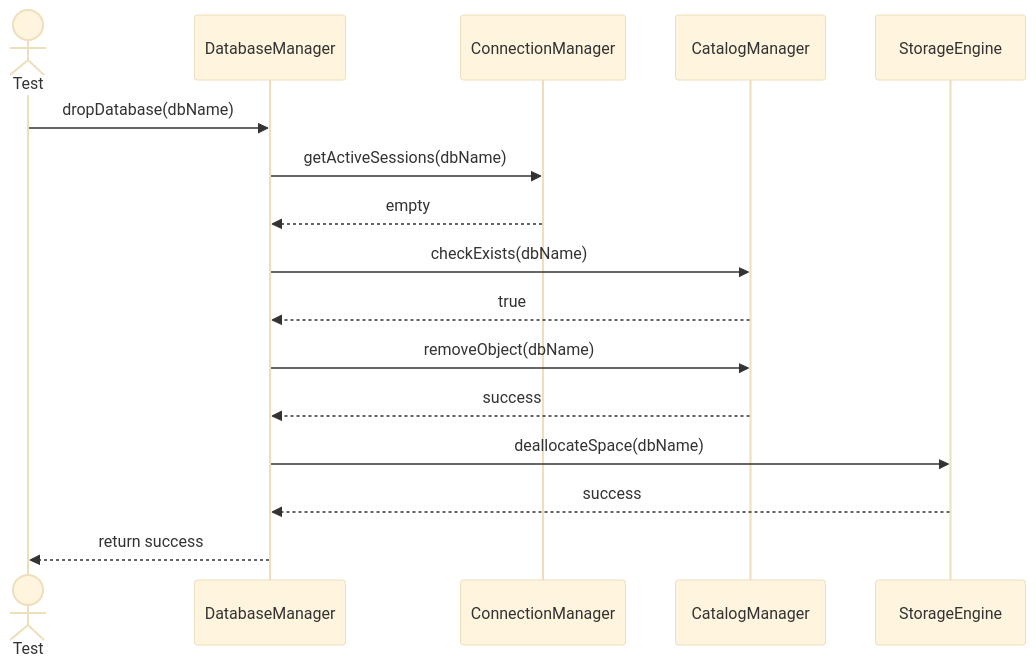
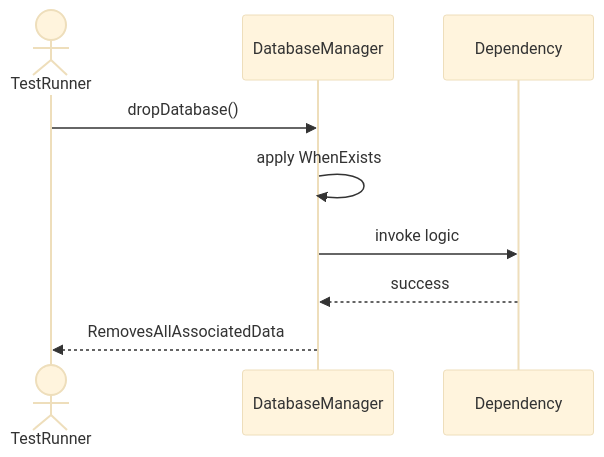
Before and after one commit to TamBui1706/DBMS: the fourth of 12 diagrams in Sequences/Core/DatabaseManager.md, drawn with Mermaid (base theme). The commit also changed other lines of this file and 63 other files, not shown here.

Commit message:
Draw sequence diagram for unit tests

````diff
--- a/Sequences/Core/DatabaseManager.md
+++ b/Sequences/Core/DatabaseManager.md
@@ -65,19 +54,10 @@
 ```mermaid
 sequenceDiagram
-    actor Test
+    actor TestRunner
     participant DatabaseManager
-    participant ConnectionManager
-    participant CatalogManager
-    participant StorageEngine
-
-    Test->>DatabaseManager: dropDatabase(dbName)
-    DatabaseManager->>ConnectionManager: getActiveSessions(dbName)
-    ConnectionManager-->>DatabaseManager: empty
-    DatabaseManager->>CatalogManager: checkExists(dbName)
-    CatalogManager-->>DatabaseManager: true
-    DatabaseManager->>CatalogManager: removeObject(dbName)
-    CatalogManager-->>DatabaseManager: success
-    DatabaseManager->>StorageEngine: deallocateSpace(dbName)
-    StorageEngine-->>DatabaseManager: success
-    DatabaseManager-->>Test: return success
+    TestRunner->>DatabaseManager: dropDatabase()
+    DatabaseManager->>DatabaseManager: apply WhenExists
+    DatabaseManager->>Dependency: invoke logic
+    Dependency-->>DatabaseManager: success
+    DatabaseManager-->>TestRunner: RemovesAllAssociatedData
 ```
````
